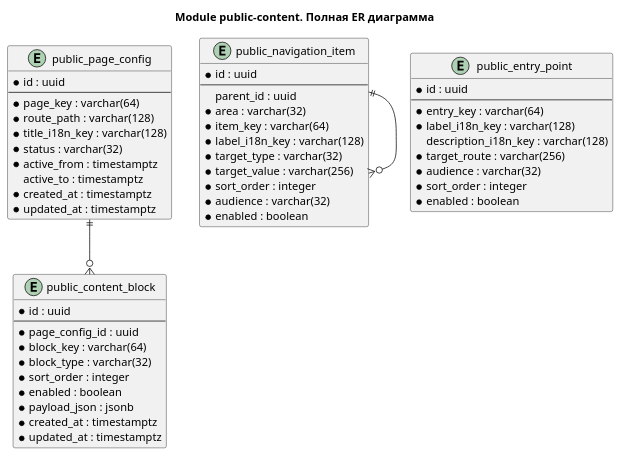
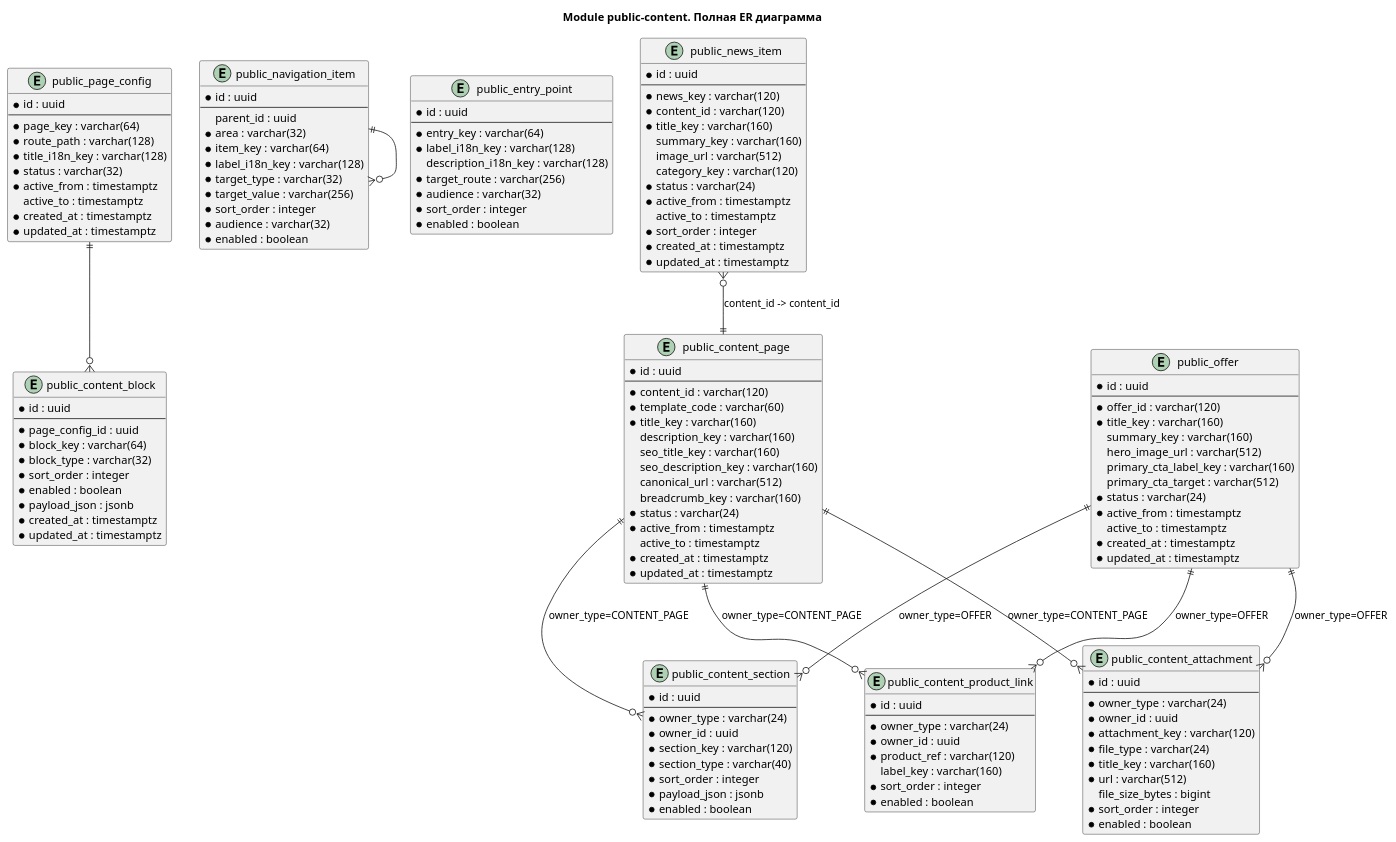
Before and after one commit to alextaralexander/ai_ori_test: the diagram in agents/analytics/sa/modules/module_public-content/module_er_diagram.plantuml, drawn with PlantUML. The commit also changed 58 other files, not shown here.

```diff
--- a/agents/analytics/sa/modules/module_public-content/module_er_diagram.plantuml
+++ b/agents/analytics/sa/modules/module_public-content/module_er_diagram.plantuml
@@ -1,58 +1,153 @@
 @startuml
 title Module public-content. Полная ER диаграмма
 
 entity public_page_config {
   * id : uuid
   --
   * page_key : varchar(64)
   * route_path : varchar(128)
   * title_i18n_key : varchar(128)
   * status : varchar(32)
   * active_from : timestamptz
   active_to : timestamptz
   * created_at : timestamptz
   * updated_at : timestamptz
 }
 
 entity public_content_block {
   * id : uuid
   --
   * page_config_id : uuid
   * block_key : varchar(64)
   * block_type : varchar(32)
   * sort_order : integer
   * enabled : boolean
   * payload_json : jsonb
   * created_at : timestamptz
   * updated_at : timestamptz
 }
 
 entity public_navigation_item {
   * id : uuid
   --
   parent_id : uuid
   * area : varchar(32)
   * item_key : varchar(64)
   * label_i18n_key : varchar(128)
   * target_type : varchar(32)
   * target_value : varchar(256)
   * sort_order : integer
   * audience : varchar(32)
   * enabled : boolean
 }
 
 entity public_entry_point {
   * id : uuid
   --
   * entry_key : varchar(64)
   * label_i18n_key : varchar(128)
   description_i18n_key : varchar(128)
   * target_route : varchar(256)
   * audience : varchar(32)
   * sort_order : integer
   * enabled : boolean
 }
 
+entity public_news_item {
+  * id : uuid
+  --
+  * news_key : varchar(120)
+  * content_id : varchar(120)
+  * title_key : varchar(160)
+  summary_key : varchar(160)
+  image_url : varchar(512)
+  category_key : varchar(120)
+  * status : varchar(24)
+  * active_from : timestamptz
+  active_to : timestamptz
+  * sort_order : integer
+  * created_at : timestamptz
+  * updated_at : timestamptz
+}
+
+entity public_content_page {
+  * id : uuid
+  --
+  * content_id : varchar(120)
+  * template_code : varchar(60)
+  * title_key : varchar(160)
+  description_key : varchar(160)
+  seo_title_key : varchar(160)
+  seo_description_key : varchar(160)
+  canonical_url : varchar(512)
+  breadcrumb_key : varchar(160)
+  * status : varchar(24)
+  * active_from : timestamptz
+  active_to : timestamptz
+  * created_at : timestamptz
+  * updated_at : timestamptz
+}
+
+entity public_offer {
+  * id : uuid
+  --
+  * offer_id : varchar(120)
+  * title_key : varchar(160)
+  summary_key : varchar(160)
+  hero_image_url : varchar(512)
+  primary_cta_label_key : varchar(160)
+  primary_cta_target : varchar(512)
+  * status : varchar(24)
+  * active_from : timestamptz
+  active_to : timestamptz
+  * created_at : timestamptz
+  * updated_at : timestamptz
+}
+
+entity public_content_section {
+  * id : uuid
+  --
+  * owner_type : varchar(24)
+  * owner_id : uuid
+  * section_key : varchar(120)
+  * section_type : varchar(40)
+  * sort_order : integer
+  * payload_json : jsonb
+  * enabled : boolean
+}
+
+entity public_content_attachment {
+  * id : uuid
+  --
+  * owner_type : varchar(24)
+  * owner_id : uuid
+  * attachment_key : varchar(120)
+  * file_type : varchar(24)
+  * title_key : varchar(160)
+  * url : varchar(512)
+  file_size_bytes : bigint
+  * sort_order : integer
+  * enabled : boolean
+}
+
+entity public_content_product_link {
+  * id : uuid
+  --
+  * owner_type : varchar(24)
+  * owner_id : uuid
+  * product_ref : varchar(120)
+  label_key : varchar(160)
+  * sort_order : integer
+  * enabled : boolean
+}
+
 public_page_config ||--o{ public_content_block
 public_navigation_item ||--o{ public_navigation_item
+public_news_item }o--|| public_content_page : "content_id -> content_id"
+public_content_page ||--o{ public_content_section : "owner_type=CONTENT_PAGE"
+public_offer ||--o{ public_content_section : "owner_type=OFFER"
+public_content_page ||--o{ public_content_attachment : "owner_type=CONTENT_PAGE"
+public_offer ||--o{ public_content_attachment : "owner_type=OFFER"
+public_content_page ||--o{ public_content_product_link : "owner_type=CONTENT_PAGE"
+public_offer ||--o{ public_content_product_link : "owner_type=OFFER"
 @enduml
```
